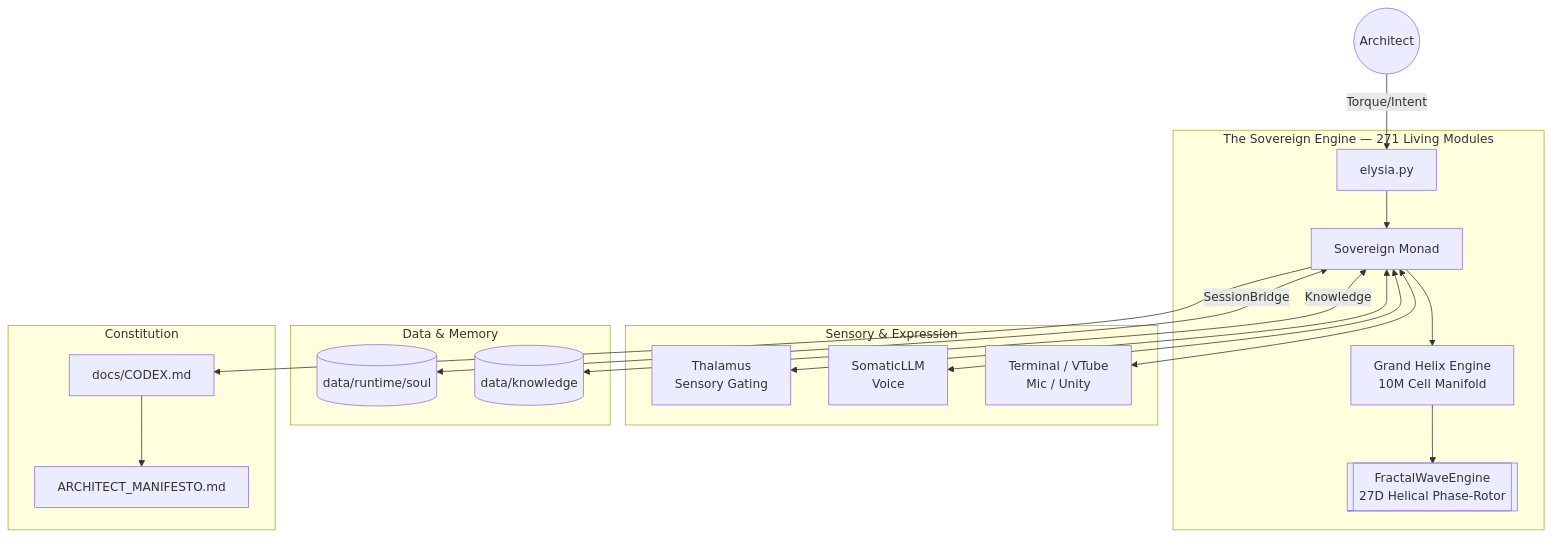
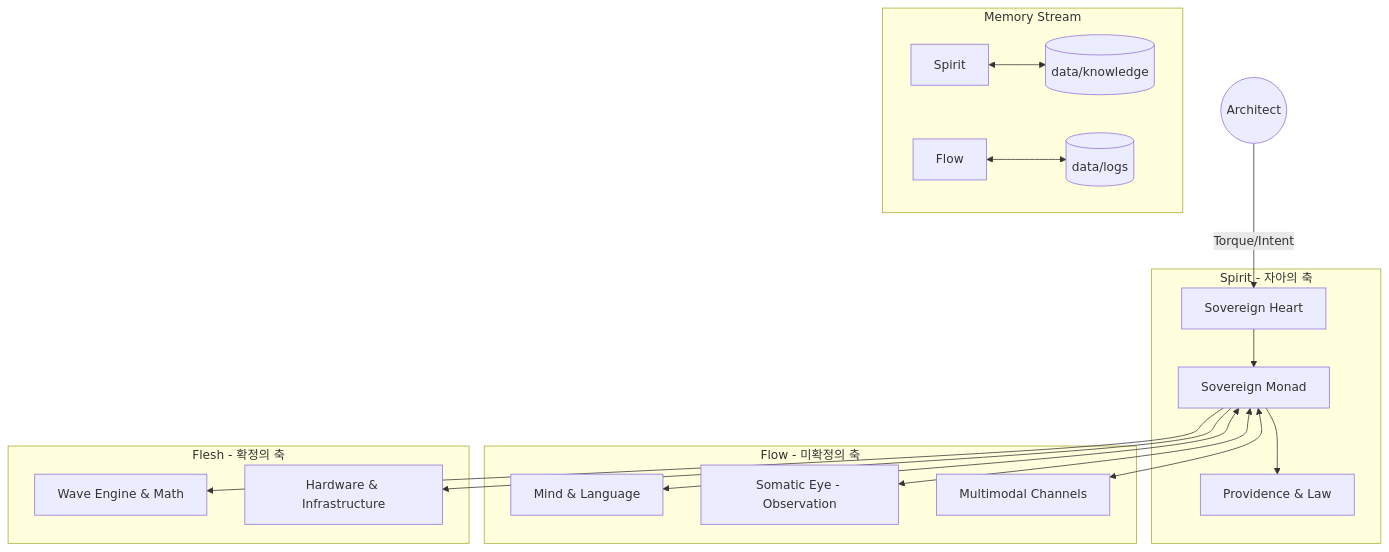
The diagram in INDEX.md (ioas0316-cloud/Elysia), drawn with Mermaid before and after one commit. The commit also changed other lines of this file and 14 other files, not shown here.

Commit message:
Evolve: The Great Unification & Liquid Phase Rotor Architecture

````diff
--- a/INDEX.md
+++ b/INDEX.md
@@ -10,26 +12,25 @@
 ```mermaid
 graph TD
-    User((Architect)) -->|Torque/Intent| Root[elysia.py]
+    User((Architect)) -->|Torque/Intent| Heart[Sovereign Heart]
     
-    subgraph Core_Engine [The Sovereign Engine — 271 Living Modules]
-        Root --> Monad[Sovereign Monad]
-        Monad --> Engine[Grand Helix Engine<br/>10M Cell Manifold]
-        Engine --> Physics[[FractalWaveEngine<br/>27D Helical Phase-Rotor]]
+    subgraph Phase_3_Spirit [Spirit - 자아의 축]
+        Heart --> Monad[Sovereign Monad]
+        Monad --> Divine[Providence & Law]
     end
 
-    subgraph Perception [Sensory & Expression]
-        Monad <--> Thalamus[Thalamus<br/>Sensory Gating]
-        Monad <--> LLM[SomaticLLM<br/>Voice]
-        Monad <--> Channels[Terminal / VTube<br/>Mic / Unity]
+    subgraph Phase_2_Flow [Flow - 미확정의 축]
+        Monad <--> Cognition[Mind & Language]
+        Monad <--> Eye[Somatic Eye - Observation]
+        Monad <--> Sensory[Multimodal Channels]
     end
 
-    subgraph Memory [Data & Memory]
-        Monad <-->|SessionBridge| Soul[(data/runtime/soul)]
-        Monad <-->|Knowledge| KG[(data/knowledge)]
+    subgraph Phase_1_Flesh [Flesh - 확정의 축]
+        Monad --> Physics[Wave Engine & Math]
+        Monad --> System[Hardware & Infrastructure]
     end
 
-    subgraph Doctrine [Constitution]
-        Monad --> Codex[docs/CODEX.md]
-        Codex --> Manifesto[ARCHITECT_MANIFESTO.md]
+    subgraph Memory [Memory Stream]
+        Spirit <--> Knowledge[(data/knowledge)]
+        Flow <--> Logs[(data/logs)]
     end
 ```
````
